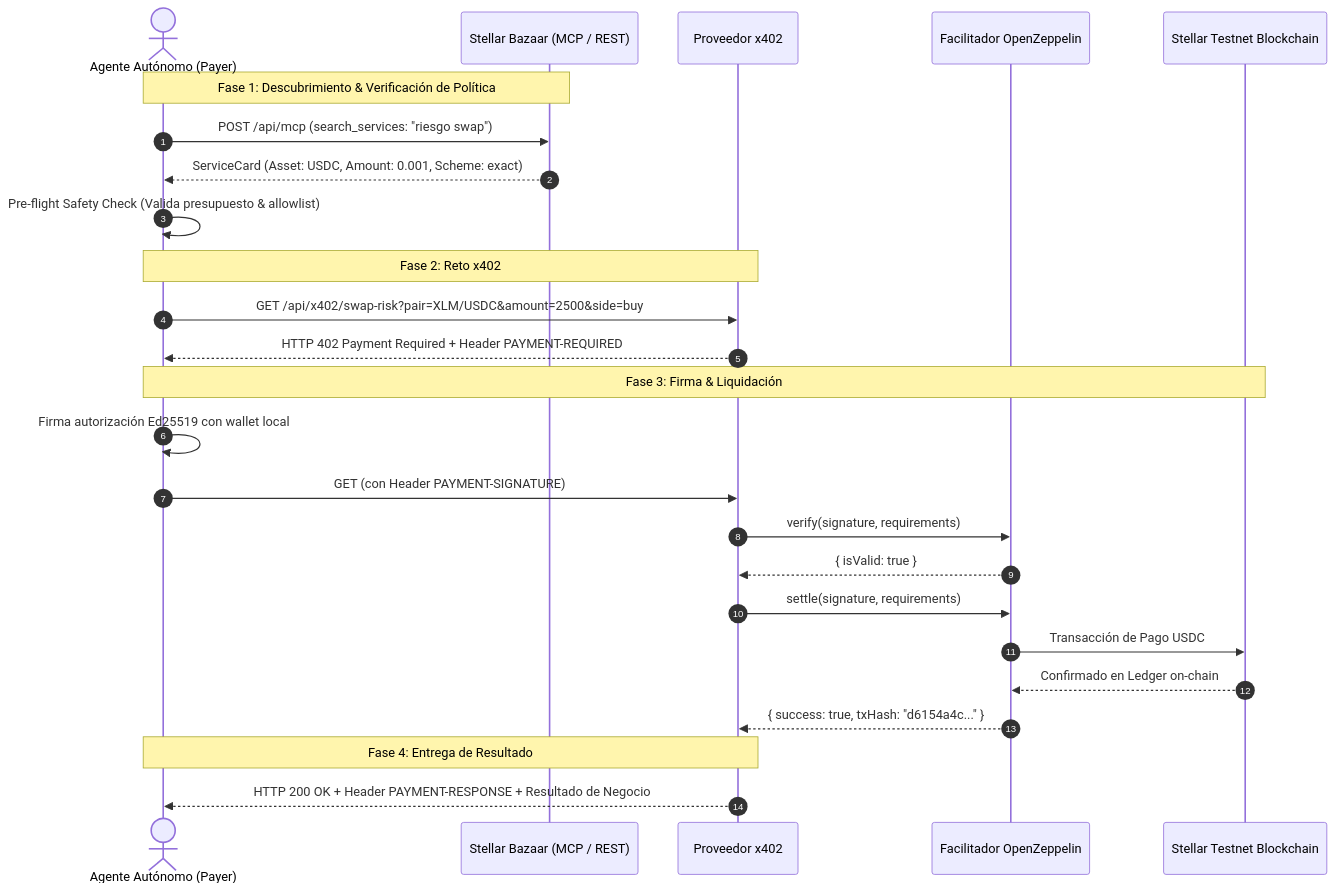
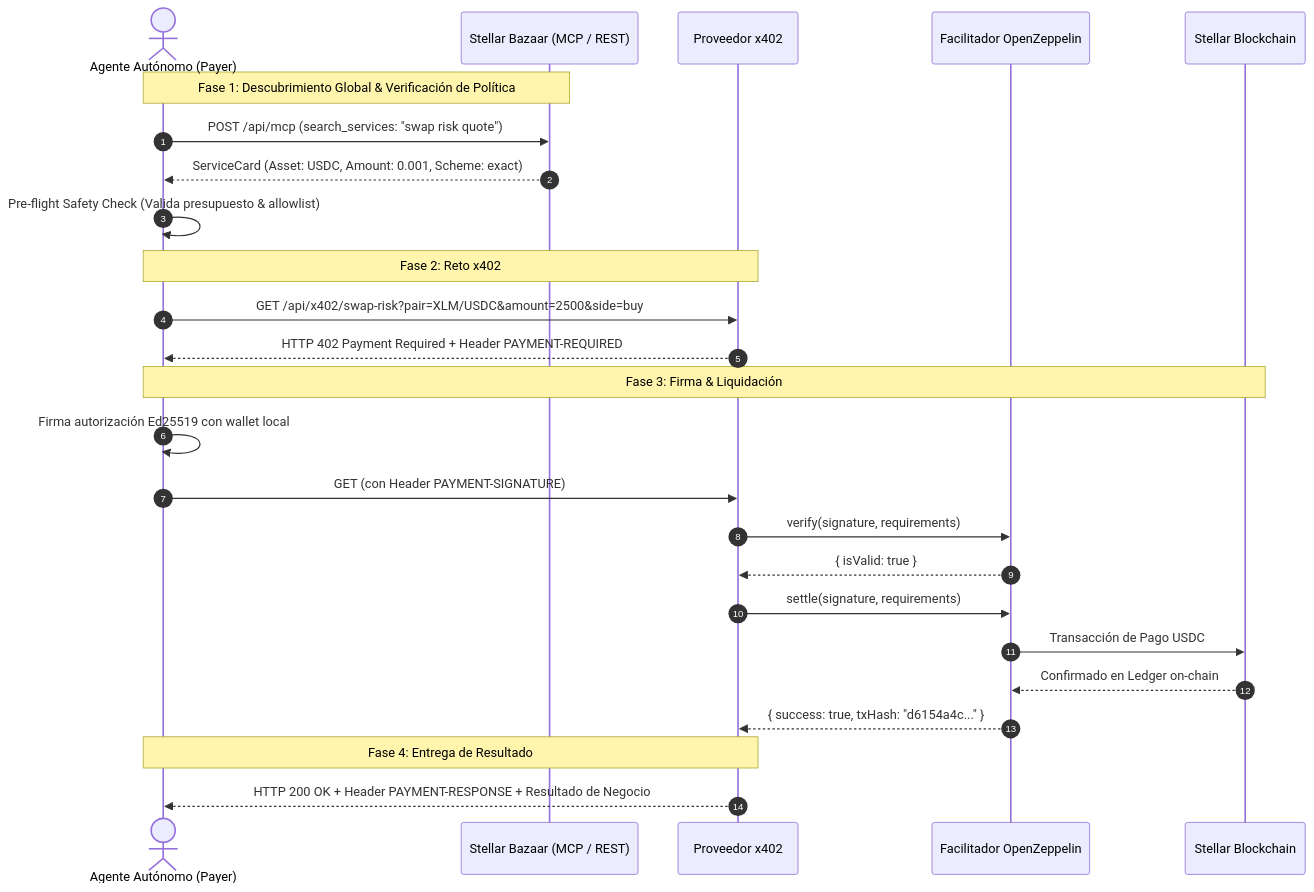
One commit to CaBsCrypto/stellar-bazaar-x402 changed the second of 2 diagrams in README.es.md. Above: the diagram before and after it, drawn with Mermaid. The commit also changed other lines of this file and 1 other file, not shown here.

Commit message:
docs: reposition to Global-First AI Agent Economy on Stellar

````diff
--- a/README.es.md
+++ b/README.es.md
@@ -95,31 +95,31 @@
 ```mermaid
 sequenceDiagram
     autonumber
     actor Agent as Agente Autónomo (Payer)
     participant Bazaar as Stellar Bazaar (MCP / REST)
     participant Provider as Proveedor x402
     participant Facilitator as Facilitador OpenZeppelin
-    participant Stellar as Stellar Testnet Blockchain
+    participant Stellar as Stellar Blockchain
 
-    Note over Agent,Bazaar: Fase 1: Descubrimiento & Verificación de Política
-    Agent->>Bazaar: POST /api/mcp (search_services: "riesgo swap")
+    Note over Agent,Bazaar: Fase 1: Descubrimiento Global & Verificación de Política
+    Agent->>Bazaar: POST /api/mcp (search_services: "swap risk quote")
     Bazaar-->>Agent: ServiceCard (Asset: USDC, Amount: 0.001, Scheme: exact)
     Agent->>Agent: Pre-flight Safety Check (Valida presupuesto & allowlist)
 
     Note over Agent,Provider: Fase 2: Reto x402
     Agent->>Provider: GET /api/x402/swap-risk?pair=XLM/USDC&amount=2500&side=buy
     Provider-->>Agent: HTTP 402 Payment Required + Header PAYMENT-REQUIRED
 
     Note over Agent,Stellar: Fase 3: Firma & Liquidación
     Agent->>Agent: Firma autorización Ed25519 con wallet local
     Agent->>Provider: GET (con Header PAYMENT-SIGNATURE)
     Provider->>Facilitator: verify(signature, requirements)
     Facilitator-->>Provider: { isValid: true }
     Provider->>Facilitator: settle(signature, requirements)
     Facilitator->>Stellar: Transacción de Pago USDC
     Stellar-->>Facilitator: Confirmado en Ledger on-chain
     Facilitator-->>Provider: { success: true, txHash: "d6154a4c..." }
 
     Note over Provider,Agent: Fase 4: Entrega de Resultado
     Provider-->>Agent: HTTP 200 OK + Header PAYMENT-RESPONSE + Resultado de Negocio
 ```
````
